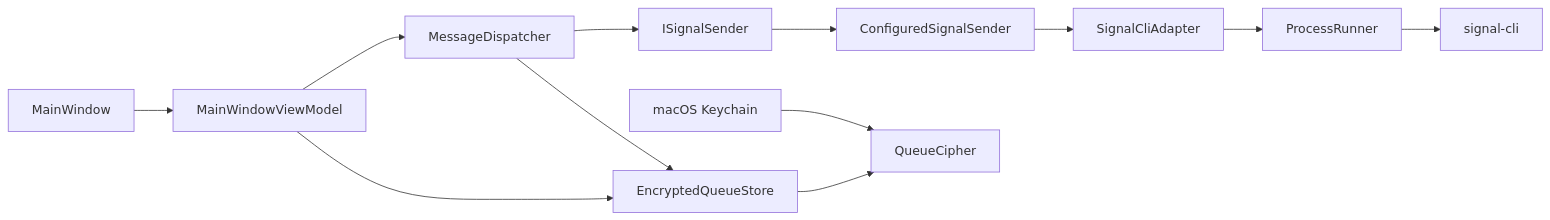
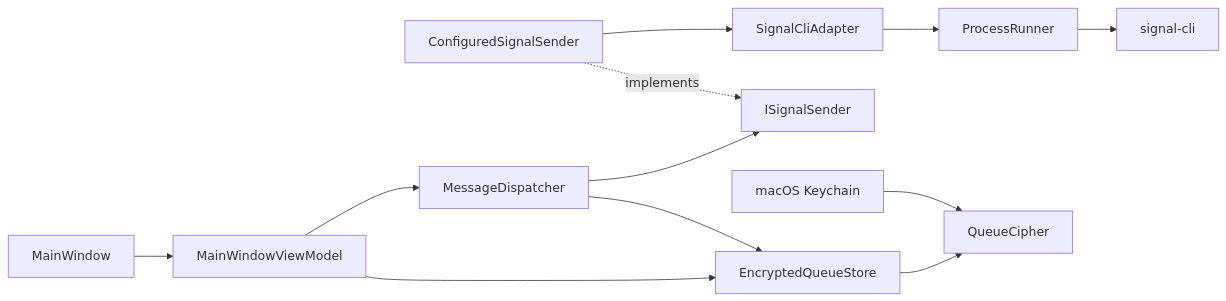
Before and after one commit to Alexandra-St/SignalScheduler: the diagram in README.md, drawn with Mermaid.

````diff
--- a/README.md
+++ b/README.md
@@ -21,18 +21,18 @@
 ```mermaid
 flowchart LR
     Window["MainWindow"] --> VM["MainWindowViewModel"]
 
     VM --> Dispatcher["MessageDispatcher"]
     VM --> Store["EncryptedQueueStore"]
 
     Dispatcher --> Store
     Dispatcher --> Sender["ISignalSender"]
 
-    Sender --> Config["ConfiguredSignalSender"]
+    Config["ConfiguredSignalSender"] -. implements .-> Sender
     Config --> Adapter["SignalCliAdapter"]
     Adapter --> Runner["ProcessRunner"]
     Runner --> CLI["signal-cli"]
 
     Store --> Cipher["QueueCipher"]
     Keychain["macOS Keychain"] --> Cipher
 ```
````
